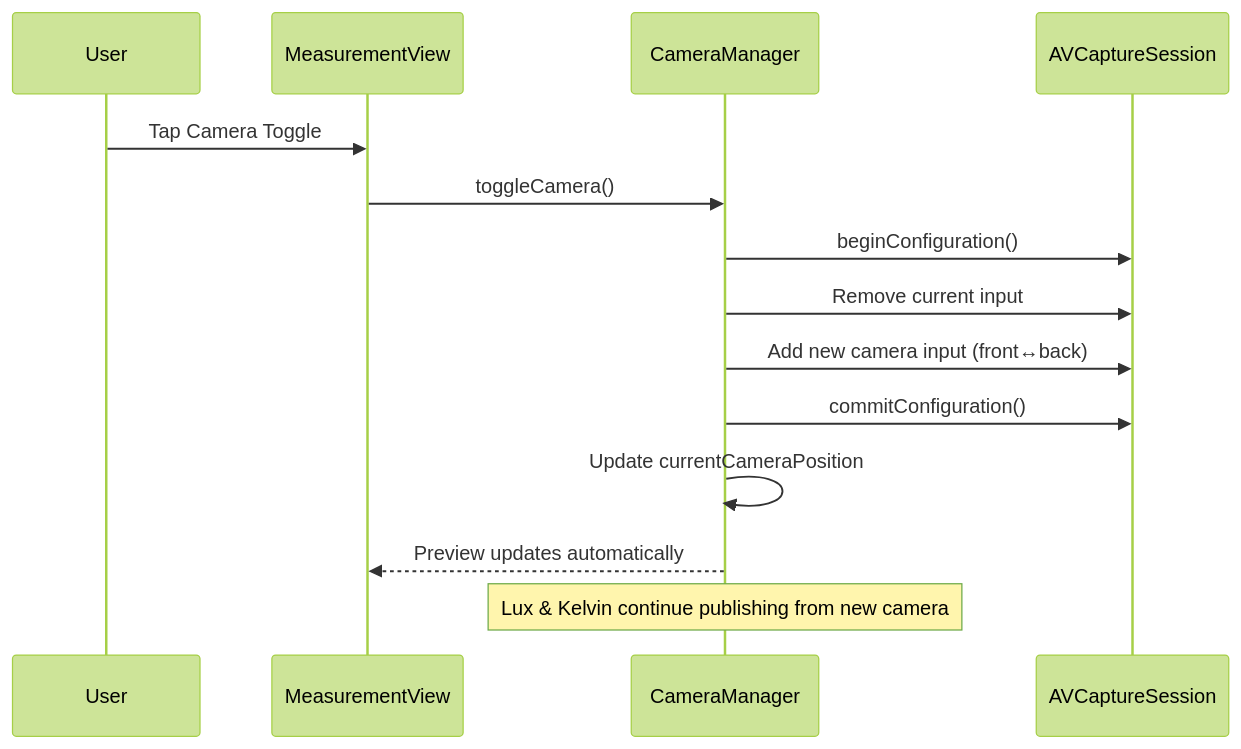
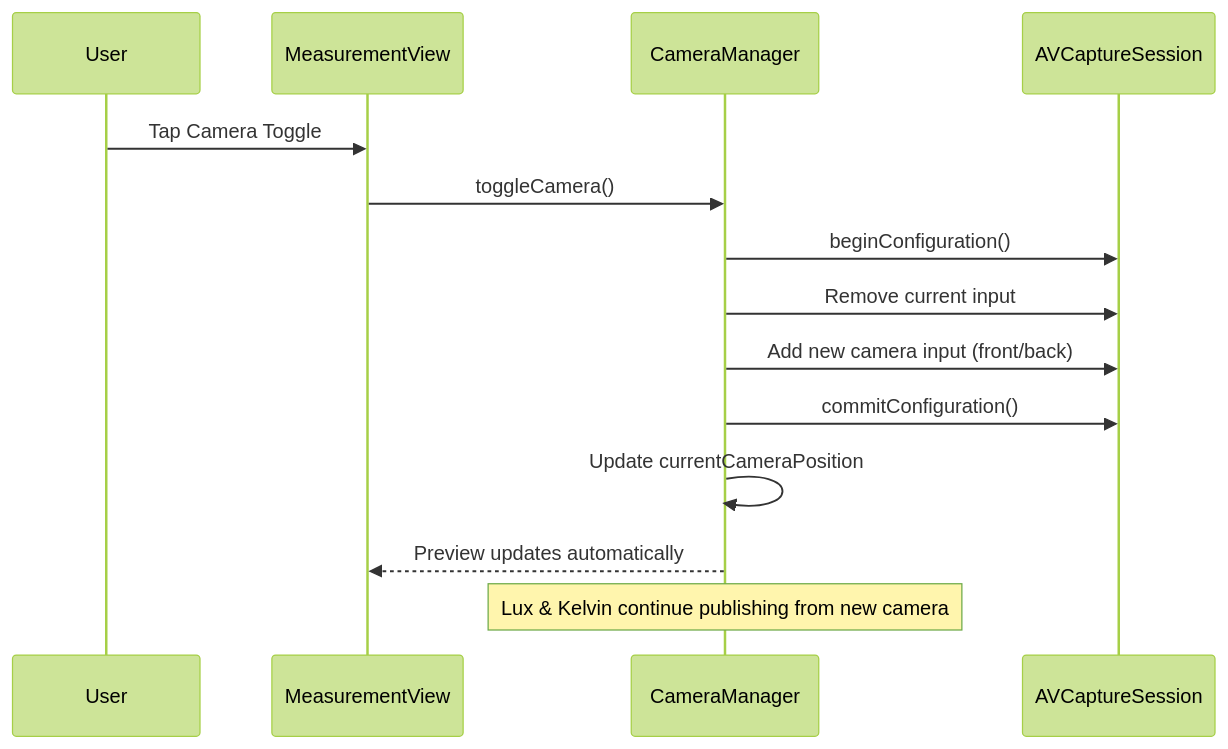
One commit to minho5889/light-meter changed the third of 3 diagrams in .kiro/specs/03-capture-freeze/design.md. Above: the diagram before and after it, drawn with Mermaid (forest theme). The commit also changed other lines of this file and 9 other files, not shown here.

First line of the commit message:
[NT_docs]: add spec 04, mermaid steering, diagram fixes, and xcode guide

````diff
--- a/.kiro/specs/03-capture-freeze/design.md
+++ b/.kiro/specs/03-capture-freeze/design.md
@@ -82,17 +94,17 @@
 ```mermaid
 sequenceDiagram
     participant User
     participant MeasurementView
     participant CameraManager
     participant AVCaptureSession
 
     User->>MeasurementView: Tap Camera Toggle
     MeasurementView->>CameraManager: toggleCamera()
     CameraManager->>AVCaptureSession: beginConfiguration()
     CameraManager->>AVCaptureSession: Remove current input
-    CameraManager->>AVCaptureSession: Add new camera input (front↔back)
+    CameraManager->>AVCaptureSession: Add new camera input (front/back)
     CameraManager->>AVCaptureSession: commitConfiguration()
     CameraManager->>CameraManager: Update currentCameraPosition
     CameraManager-->>MeasurementView: Preview updates automatically
     Note over CameraManager: Lux & Kelvin continue publishing from new camera
 ```
````
